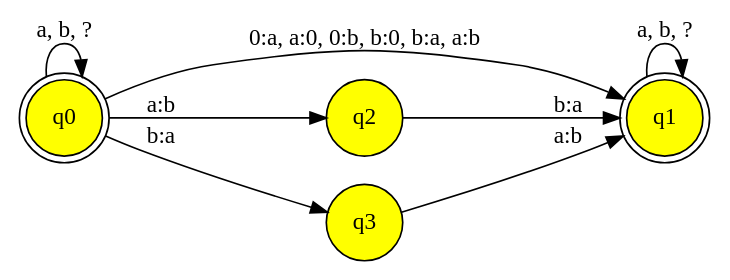
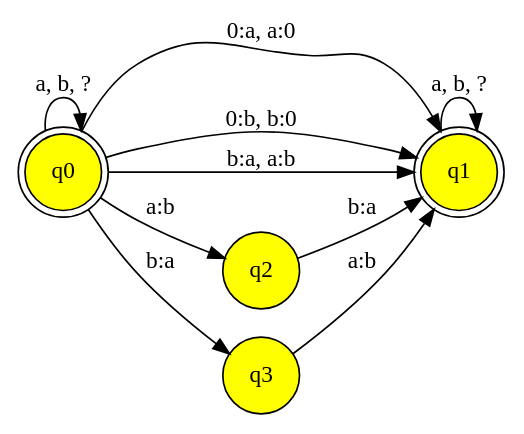
The diagram in diss/edit1-ab-unw.dot (flammie/purplemonkeydishwasher), drawn with Graphviz before and after one commit. The commit also changed 1 other file, not shown here.

```diff
--- a/diss/edit1-ab-unw.dot
+++ b/diss/edit1-ab-unw.dot
@@ -1,17 +1,19 @@
 // This graph generated with hfst-fst2txt
 digraph "text(edit1-ab-unw.tsv)" {
 charset = UTF8;
 rankdir = LR;
 node [shape=circle,style=filled,fillcolor=yellow]
 q0 [shape=doublecircle,label="q0"] 
 q1 [shape=doublecircle,label="q1"] 
 q2 [label="q2"] 
 q3 [label="q3"] 
 q0 -> q0 [label="a, b, ? "];
-q0 -> q1 [label="0:a, a:0, 0:b, b:0, b:a, a:b "];
+q0 -> q1 [label="0:a, a:0"]
+q0 -> q1 [label="0:b, b:0"];
+q0 -> q1 [label="b:a, a:b "];
 q0 -> q2 [label="a:b "];
 q0 -> q3 [label="b:a "];
 q1 -> q1 [label="a, b, ? "];
 q2 -> q1 [label="b:a "];
 q3 -> q1 [label="a:b "];
 }
```
